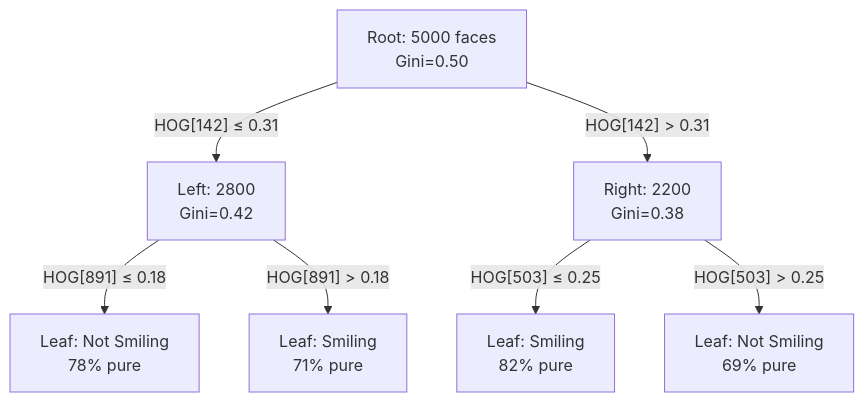
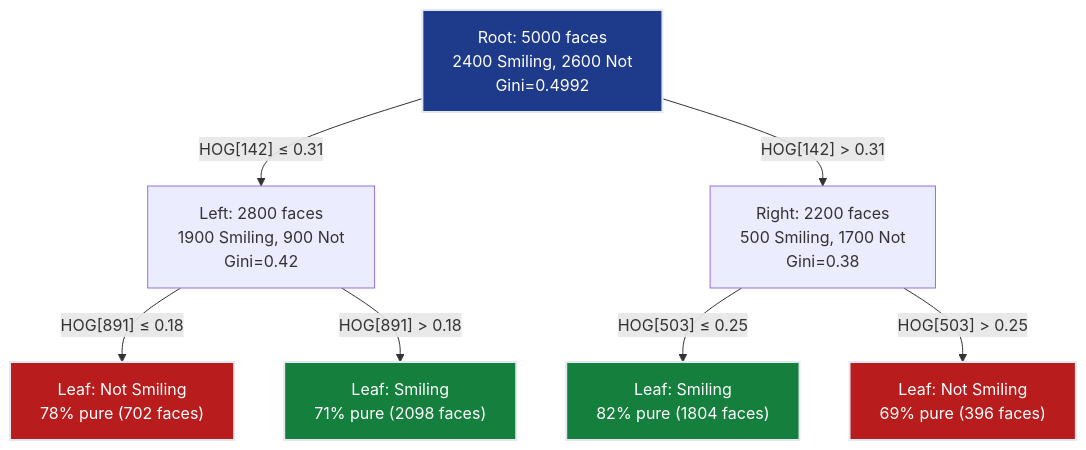
The second of 5 diagrams in notes/ML/02_classification/ch02_classical_classifiers/README.md (deepakshamsft/ai-portfolio), drawn with Mermaid before and after one commit. The commit also changed other lines of this file and 41 other files, not shown here.

````diff
--- a/notes/ML/02_classification/ch02_classical_classifiers/README.md
+++ b/notes/ML/02_classification/ch02_classical_classifiers/README.md
@@ -128,9 +250,15 @@
 ```mermaid
 graph TD
-    A["Root: 5000 faces<br/>Gini=0.50"] -->|"HOG[142] ≤ 0.31"| B["Left: 2800<br/>Gini=0.42"]
-    A -->|"HOG[142] > 0.31"| C["Right: 2200<br/>Gini=0.38"]
-    B -->|"HOG[891] ≤ 0.18"| D["Leaf: Not Smiling<br/>78% pure"]
-    B -->|"HOG[891] > 0.18"| E["Leaf: Smiling<br/>71% pure"]
-    C -->|"HOG[503] ≤ 0.25"| F["Leaf: Smiling<br/>82% pure"]
-    C -->|"HOG[503] > 0.25"| G["Leaf: Not Smiling<br/>69% pure"]
+    A["Root: 5000 faces<br/>2400 Smiling, 2600 Not<br/>Gini=0.4992"] -->|"HOG[142] ≤ 0.31"| B["Left: 2800 faces<br/>1900 Smiling, 900 Not<br/>Gini=0.42"]
+    A -->|"HOG[142] > 0.31"| C["Right: 2200 faces<br/>500 Smiling, 1700 Not<br/>Gini=0.38"]
+    B -->|"HOG[891] ≤ 0.18"| D["Leaf: Not Smiling<br/>78% pure (702 faces)"]
+    B -->|"HOG[891] > 0.18"| E["Leaf: Smiling<br/>71% pure (2098 faces)"]
+    C -->|"HOG[503] ≤ 0.25"| F["Leaf: Smiling<br/>82% pure (1804 faces)"]
+    C -->|"HOG[503] > 0.25"| G["Leaf: Not Smiling<br/>69% pure (396 faces)"]
+    
+    style A fill:#1e3a8a,stroke:#e2e8f0,stroke-width:2px,color:#ffffff
+    style D fill:#b91c1c,stroke:#e2e8f0,stroke-width:2px,color:#ffffff
+    style E fill:#15803d,stroke:#e2e8f0,stroke-width:2px,color:#ffffff
+    style F fill:#15803d,stroke:#e2e8f0,stroke-width:2px,color:#ffffff
+    style G fill:#b91c1c,stroke:#e2e8f0,stroke-width:2px,color:#ffffff
 ```
````
